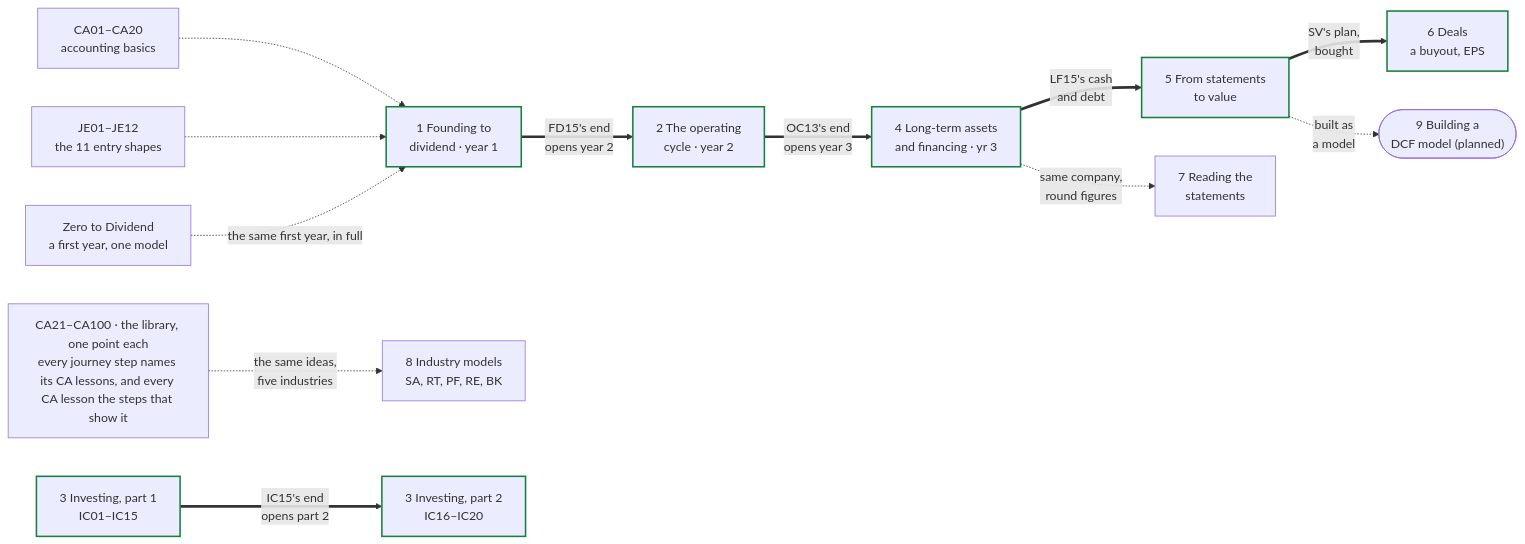
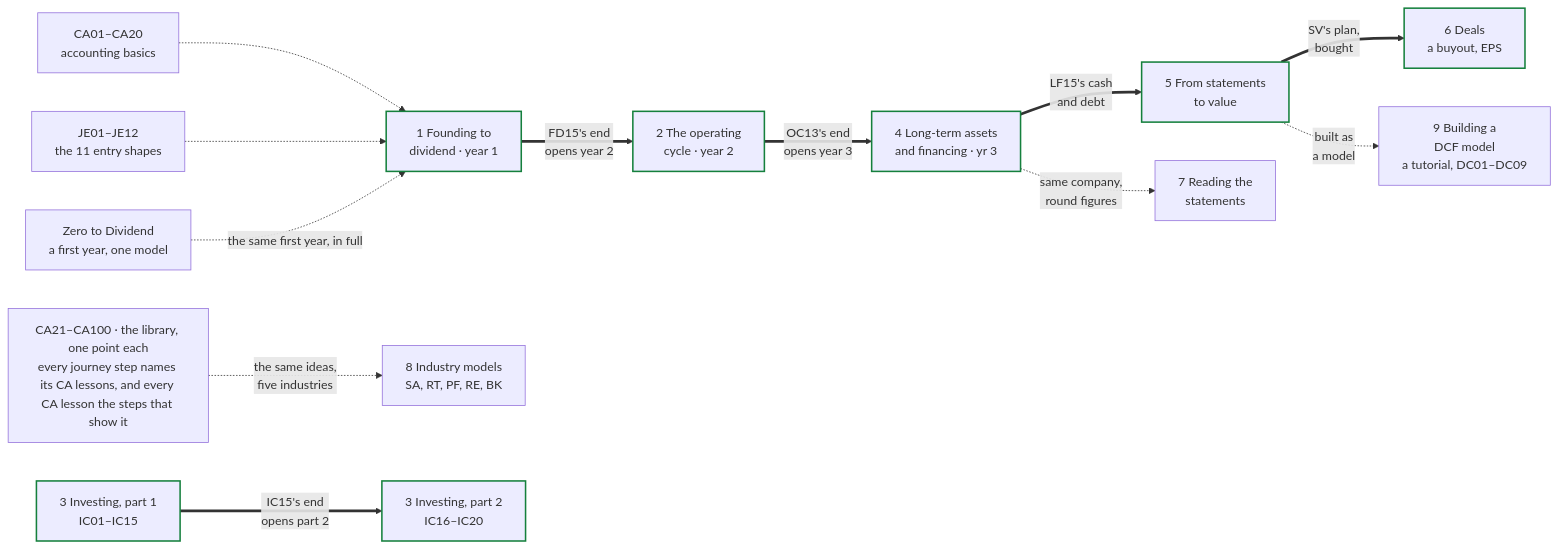
Before and after one commit to taroyamakatrmttm-star/fmIDE: the diagram in docs/gallery-series.md, drawn with Mermaid. The commit also changed other lines of this file and 1 other file, not shown here.

Commit message:
Docs: series 9 (Building a DCF model) is live; gallery pointer moved

````diff
--- a/docs/gallery-series.md
+++ b/docs/gallery-series.md
@@ -9,30 +9,30 @@
 ```mermaid
 flowchart LR
   ca1["CA01–CA20<br>accounting basics"]
   je["JE01–JE12<br>the 11 entry shapes"]
   zd["Zero to Dividend<br>a first year, one model"]
   fd["1 Founding to<br>dividend · year 1"]
   oc["2 The operating<br>cycle · year 2"]
   lf["4 Long-term assets<br>and financing · yr 3"]
   sv["5 From statements<br>to value"]
   dl["6 Deals<br>a buyout, EPS"]
   rs["7 Reading the<br>statements"]
-  dcf(["9 Building a<br>DCF model (planned)"])
+  dcf["9 Building a<br>DCF model<br>a tutorial, DC01–DC09"]
   ind["8 Industry models<br>SA, RT, PF, RE, BK"]
   ic1["3 Investing, part 1<br>IC01–IC15"]
   ic2["3 Investing, part 2<br>IC16–IC20"]
   ca["CA21–CA100 · the library, one point each<br>every journey step names its CA lessons, and every CA lesson the steps that show it"]
   ca1 -.-> fd
   je -.-> fd
   zd -.->|"the same first year, in full"| fd
   fd ==>|"FD15's end<br>opens year 2"| oc
   oc ==>|"OC13's end<br>opens year 3"| lf
   lf ==>|"LF15's cash<br>and debt"| sv
   sv ==>|"SV's plan,<br>bought"| dl
   lf -.->|"same company,<br>round figures"| rs
   sv -.->|"built as<br>a model"| dcf
   ic1 ==>|"IC15's end<br>opens part 2"| ic2
   ca -.->|"the same ideas,<br>five industries"| ind
   classDef sequence stroke:#15803d,stroke-width:2px
   class fd,oc,lf,sv,dl,ic1,ic2 sequence
 ```
````
